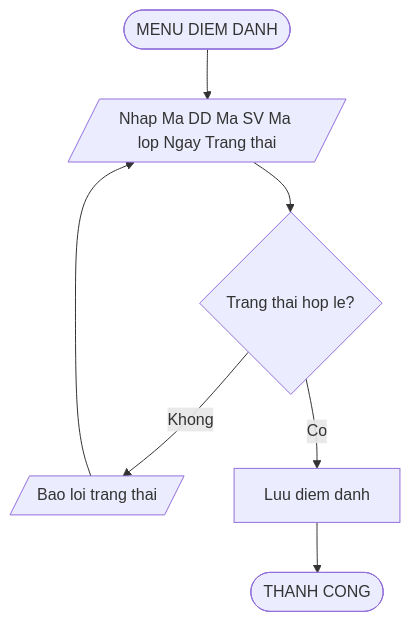
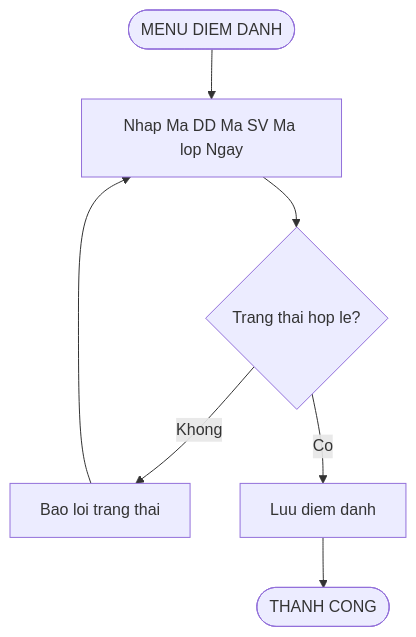
Before and after one commit to phucphuc2006/pro-192: diagram 15 of 20 in docs/Flowcharts/Flowcharts.md, drawn with Mermaid. The commit also changed other lines of this file, not shown here.

Commit message:
Fix Mermaid: remove parallelogram syntax for GitHub

````diff
--- a/docs/Flowcharts/Flowcharts.md
+++ b/docs/Flowcharts/Flowcharts.md
@@ -263,9 +261,9 @@
 ```mermaid
 flowchart TD
-    A([MENU DIEM DANH]) --> B[/Nhap Ma DD Ma SV Ma lop Ngay Trang thai/]
+    A([MENU DIEM DANH]) --> B[Nhap Ma DD Ma SV Ma lop Ngay]
     B --> C{Trang thai hop le?}
-    C -->|Khong| D[/Bao loi trang thai/]
+    C -->|Khong| D[Bao loi trang thai]
     D --> B
     C -->|Co| E[Luu diem danh]
     E --> F([THANH CONG])
 ```
````
